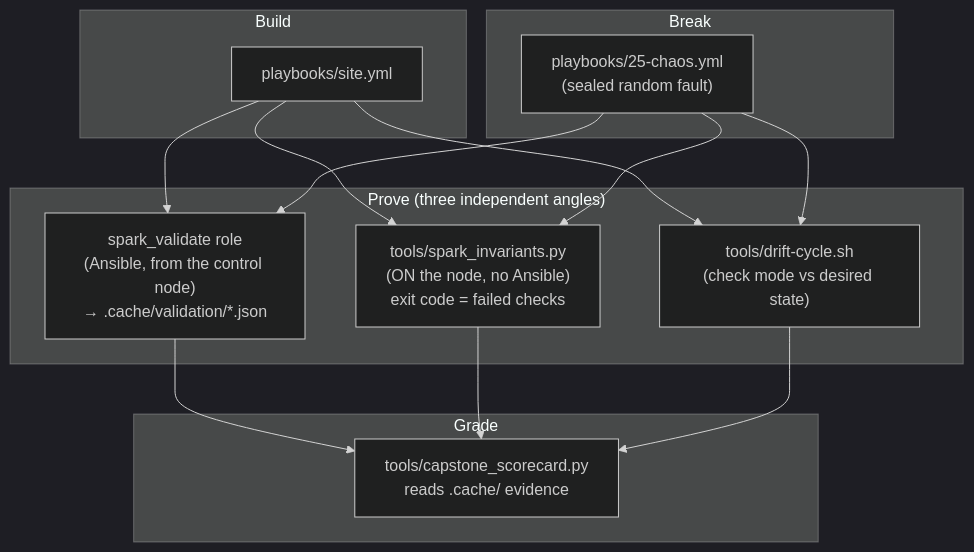
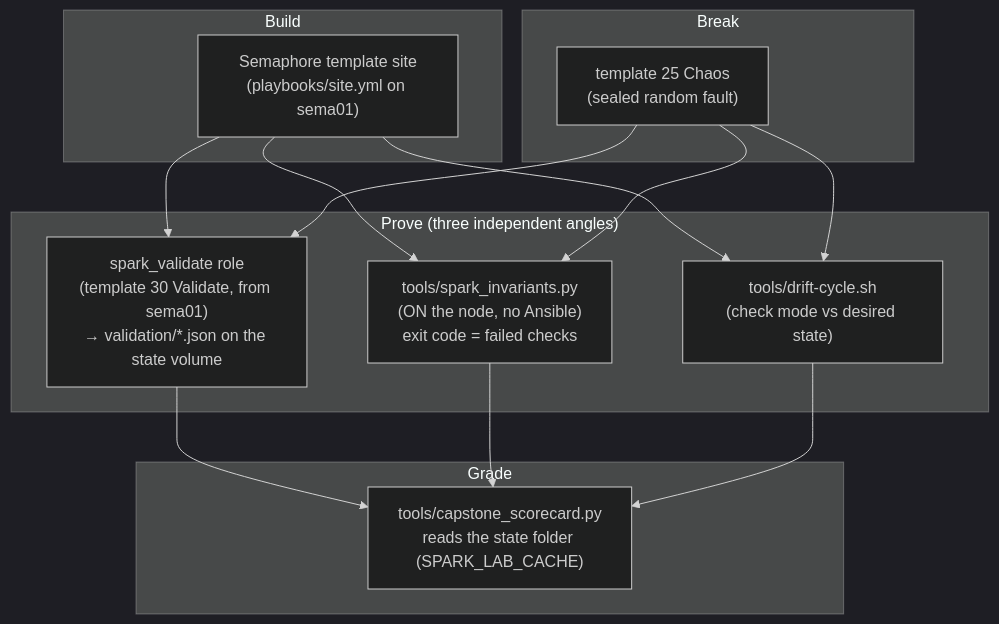
One commit to cloudone365/technical-depth changed the diagram in 01 Ansible/25-hands-on-ansible-mastery-lab-and-test-harness.md. Above: the diagram before and after it, drawn with Mermaid (dark theme). The commit also changed other lines of this file and 37 other files, not shown here.

First line of the commit message:
Docs: Semaphore + vault01 management plane, dgx-spark-01 as a target

````diff
--- a/01 Ansible/25-hands-on-ansible-mastery-lab-and-test-harness.md
+++ b/01 Ansible/25-hands-on-ansible-mastery-lab-and-test-harness.md
@@ -16,19 +16,19 @@
 ```mermaid
 flowchart TB
   subgraph BUILD["Build"]
-    SITE["playbooks/site.yml"]
+    SITE["Semaphore template site<br/>(playbooks/site.yml on sema01)"]
   end
   subgraph PROVE["Prove (three independent angles)"]
-    V["spark_validate role<br/>(Ansible, from the control node)<br/>→ .cache/validation/*.json"]
+    V["spark_validate role<br/>(template 30 Validate, from sema01)<br/>→ validation/*.json on the state volume"]
     I["tools/spark_invariants.py<br/>(ON the node, no Ansible)<br/>exit code = failed checks"]
     D["tools/drift-cycle.sh<br/>(check mode vs desired state)"]
   end
   subgraph BREAK["Break"]
-    C["playbooks/25-chaos.yml<br/>(sealed random fault)"]
+    C["template 25 Chaos<br/>(sealed random fault)"]
   end
   subgraph GRADE["Grade"]
-    S["tools/capstone_scorecard.py<br/>reads .cache/ evidence"]
+    S["tools/capstone_scorecard.py<br/>reads the state folder (SPARK_LAB_CACHE)"]
   end
   SITE --> V & I & D --> S
   C --> V & I & D
 ```
````
